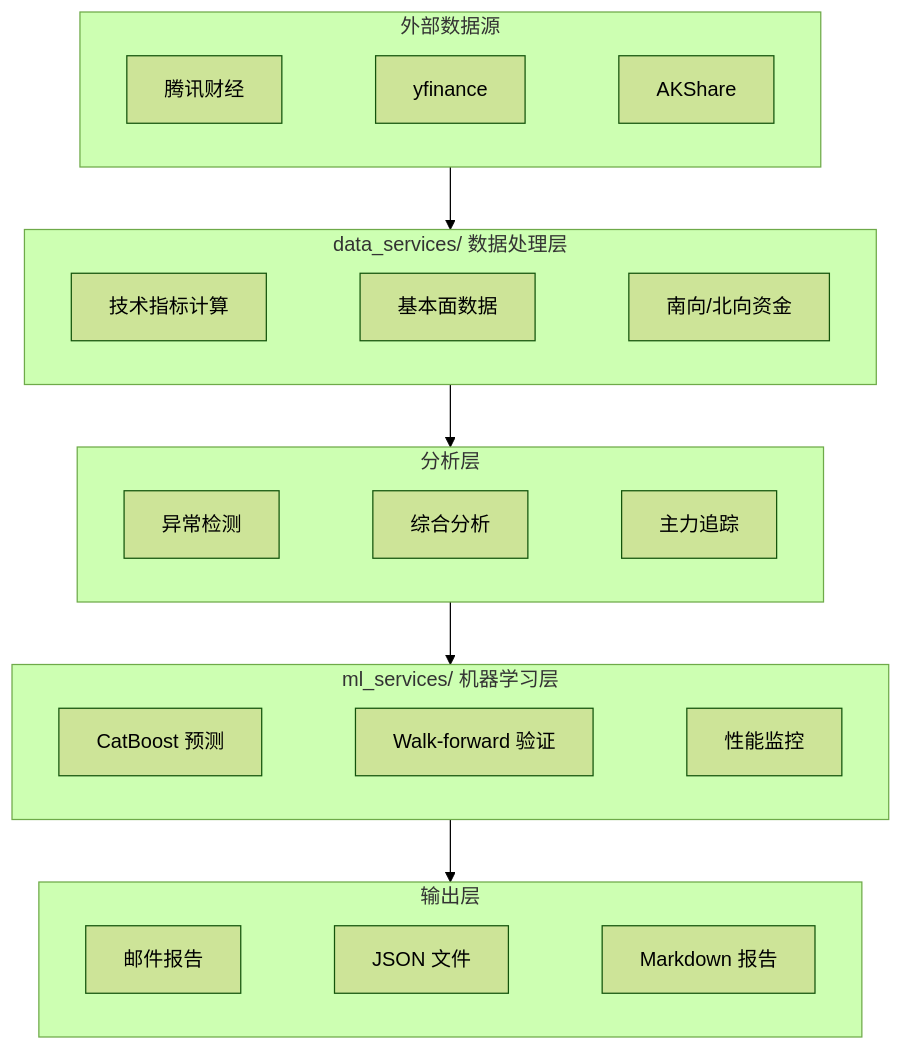
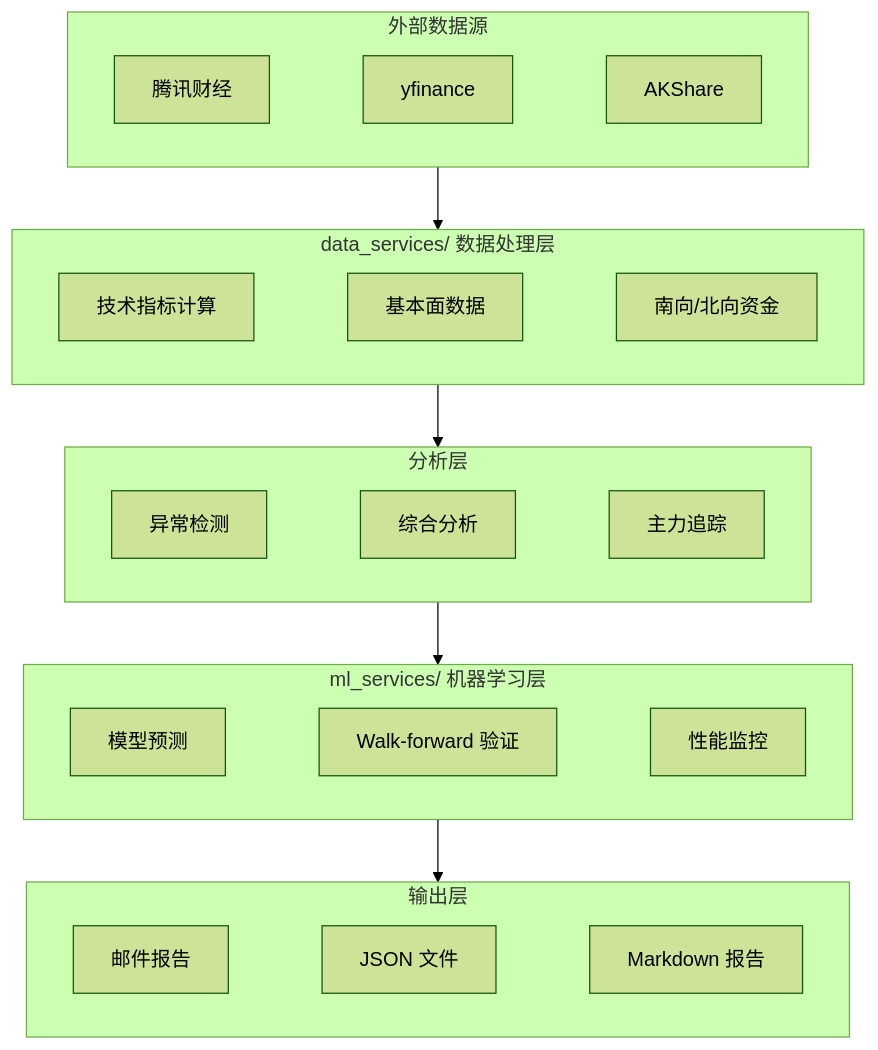
One commit to wonglaitung/fortune changed the first of 3 diagrams in README.md. Above: the diagram before and after it, drawn with Mermaid (forest theme). The commit also changed other lines of this file and 3 other files, not shown here.

Commit message:
fix(docs): 港股20d实跑=LightGBM事实修正(算法行/标题/流程图7处)+lessons pkl标签坑

````diff
--- a/README.md
+++ b/README.md
@@ -529,44 +529,44 @@
 ```mermaid
 flowchart TD
     subgraph SRC["外部数据源"]
         direction LR
         S1["腾讯财经"]
         S2["yfinance"]
         S3["AKShare"]
         S1 ~~~ S2 ~~~ S3
     end
 
     subgraph DS["data_services/ 数据处理层"]
         direction LR
         D1["技术指标计算"]
         D2["基本面数据"]
         D3["南向/北向资金"]
         D1 ~~~ D2 ~~~ D3
     end
 
     subgraph AN["分析层"]
         direction LR
         A1["异常检测"]
         A2["综合分析"]
         A3["主力追踪"]
         A1 ~~~ A2 ~~~ A3
     end
 
     subgraph ML["ml_services/ 机器学习层"]
         direction LR
-        M1["CatBoost 预测"]
+        M1["模型预测"]
         M2["Walk-forward 验证"]
         M3["性能监控"]
         M1 ~~~ M2 ~~~ M3
     end
 
     subgraph OUT["输出层"]
         direction LR
         O1["邮件报告"]
         O2["JSON 文件"]
         O3["Markdown 报告"]
         O1 ~~~ O2 ~~~ O3
     end
 
     SRC --> DS --> AN --> ML --> OUT
 ```
````
